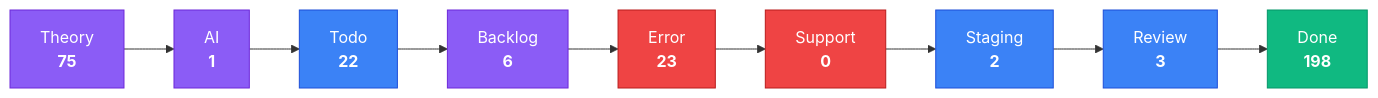
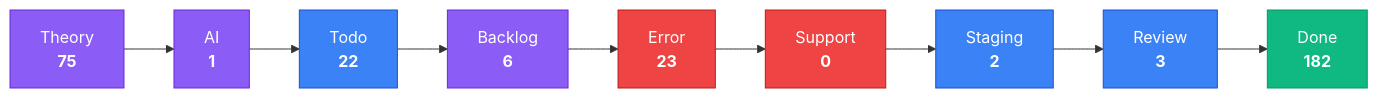
Before and after one commit to KBVE/kbve: the third of 4 diagrams in apps/kbve/astro-kbve/src/content/docs/dashboard/kanban-data.mdx, drawn with Mermaid. The commit also changed other lines of this file and 8 other files, not shown here.

````diff
--- a/apps/kbve/astro-kbve/src/content/docs/dashboard/kanban-data.mdx
+++ b/apps/kbve/astro-kbve/src/content/docs/dashboard/kanban-data.mdx
@@ -80,28 +80,28 @@
 ```mermaid
 flowchart LR
     classDef planning fill:#8b5cf6,stroke:#6d28d9,color:#fff
     classDef active fill:#3b82f6,stroke:#1d4ed8,color:#fff
     classDef blocked fill:#ef4444,stroke:#b91c1c,color:#fff
     classDef done fill:#10b981,stroke:#059669,color:#fff
     Theory["Theory<br/><strong>75</strong>"]
     Theory --> AI
     AI["AI<br/><strong>1</strong>"]
     AI --> Todo
     Todo["Todo<br/><strong>22</strong>"]
     Todo --> Backlog
     Backlog["Backlog<br/><strong>6</strong>"]
     Backlog --> Error
     Error["Error<br/><strong>23</strong>"]
     Error --> Support
     Support["Support<br/><strong>0</strong>"]
     Support --> Staging
     Staging["Staging<br/><strong>2</strong>"]
     Staging --> Review
     Review["Review<br/><strong>3</strong>"]
     Review --> Done
-    Done["Done<br/><strong>198</strong>"]
+    Done["Done<br/><strong>182</strong>"]
     class Theory,AI,Backlog planning
     class Todo,Staging,Review active
     class Error,Support blocked
     class Done done
 ```
````
